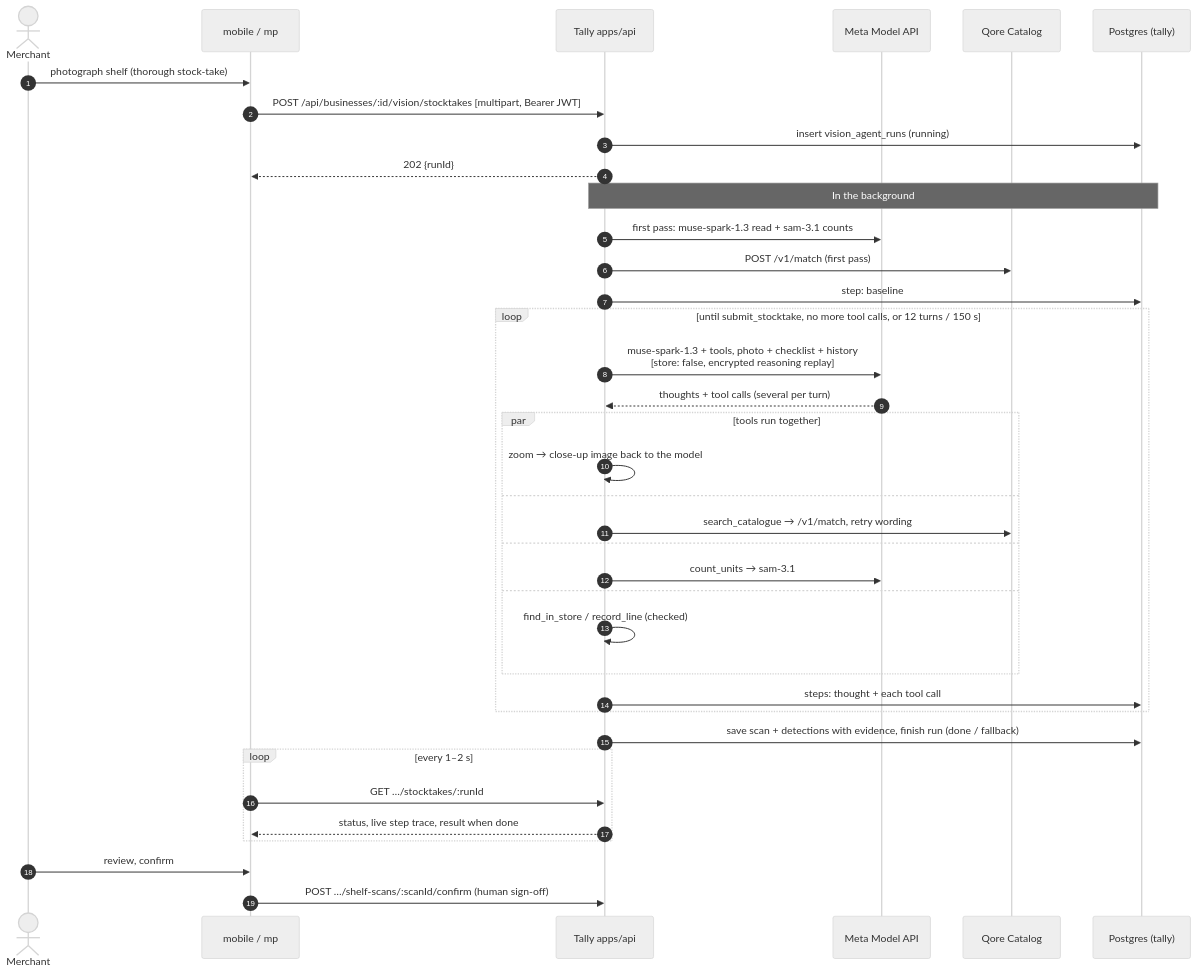
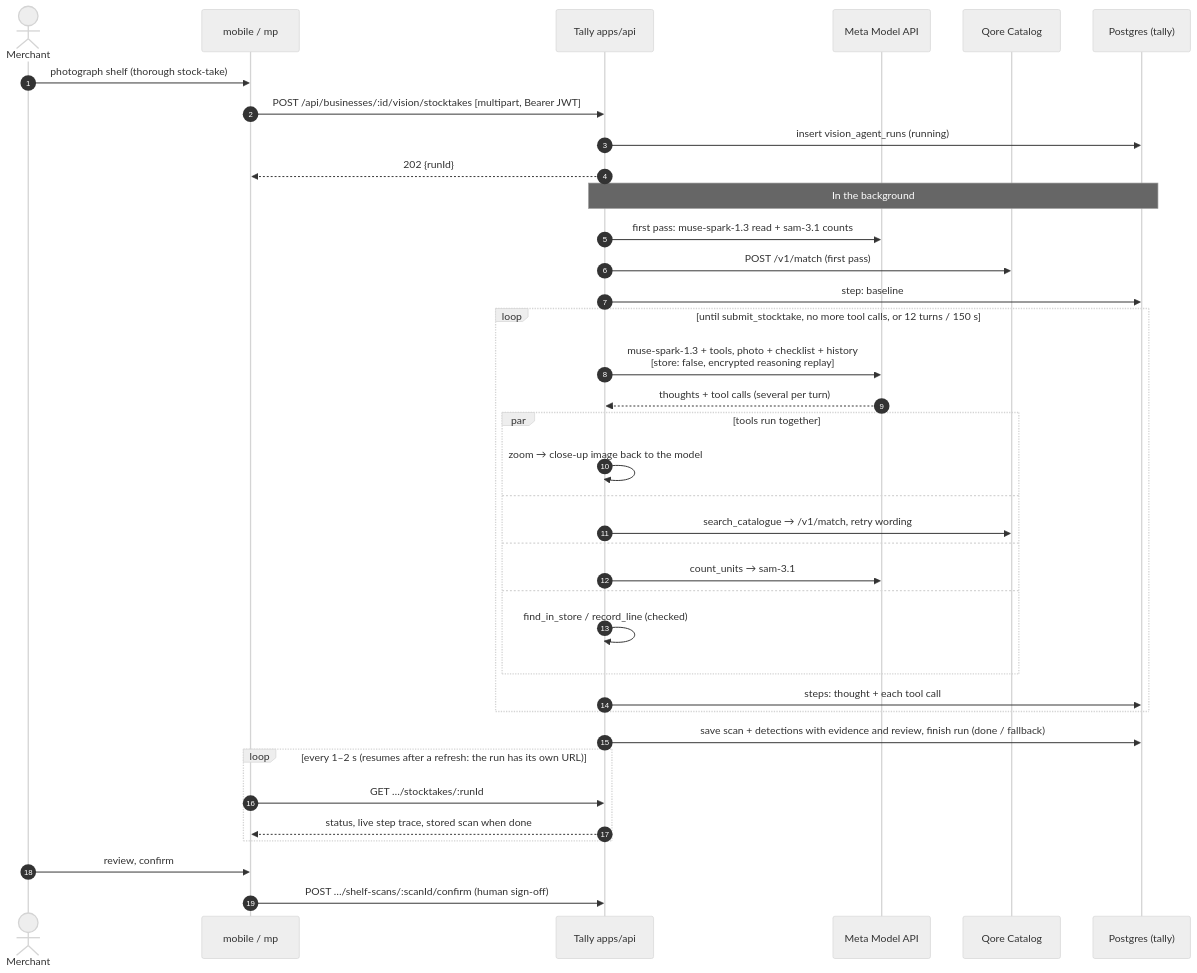
The diagram in docs/diagrams/mermaid/stocktake-agent-sequence.mmd (usecorehq/tally), drawn with Mermaid before and after one commit. The commit also changed 12 other files, not shown here.

```diff
--- a/docs/diagrams/mermaid/stocktake-agent-sequence.mmd
+++ b/docs/diagrams/mermaid/stocktake-agent-sequence.mmd
@@ -1,39 +1,39 @@
 %%{init: {"theme": "neutral"} }%%
 sequenceDiagram
     autonumber
     actor M as Merchant
     participant P as mobile / mp
     participant A as Tally apps/api
     participant S as Meta Model API
     participant Q as Qore Catalog
     participant D as Postgres (tally)
 
     M->>P: photograph shelf (thorough stock-take)
     P->>A: POST /api/businesses/:id/vision/stocktakes [multipart, Bearer JWT]
     A->>D: insert vision_agent_runs (running)
     A-->>P: 202 {runId}
     Note over A,D: In the background
     A->>S: first pass: muse-spark-1.3 read + sam-3.1 counts
     A->>Q: POST /v1/match (first pass)
     A->>D: step: baseline
     loop until submit_stocktake, no more tool calls, or 12 turns / 150 s
         A->>S: muse-spark-1.3 + tools, photo + checklist + history<br/>[store: false, encrypted reasoning replay]
         S-->>A: thoughts + tool calls (several per turn)
         par tools run together
             A->>A: zoom → close-up image back to the model
         and
             A->>Q: search_catalogue → /v1/match, retry wording
         and
             A->>S: count_units → sam-3.1
         and
             A->>A: find_in_store / record_line (checked)
         end
         A->>D: steps: thought + each tool call
     end
-    A->>D: save scan + detections with evidence, finish run (done / fallback)
-    loop every 1–2 s
+    A->>D: save scan + detections with evidence and review, finish run (done / fallback)
+    loop every 1–2 s (resumes after a refresh: the run has its own URL)
         P->>A: GET …/stocktakes/:runId
-        A-->>P: status, live step trace, result when done
+        A-->>P: status, live step trace, stored scan when done
     end
     M->>P: review, confirm
     P->>A: POST …/shelf-scans/:scanId/confirm (human sign-off)
```
